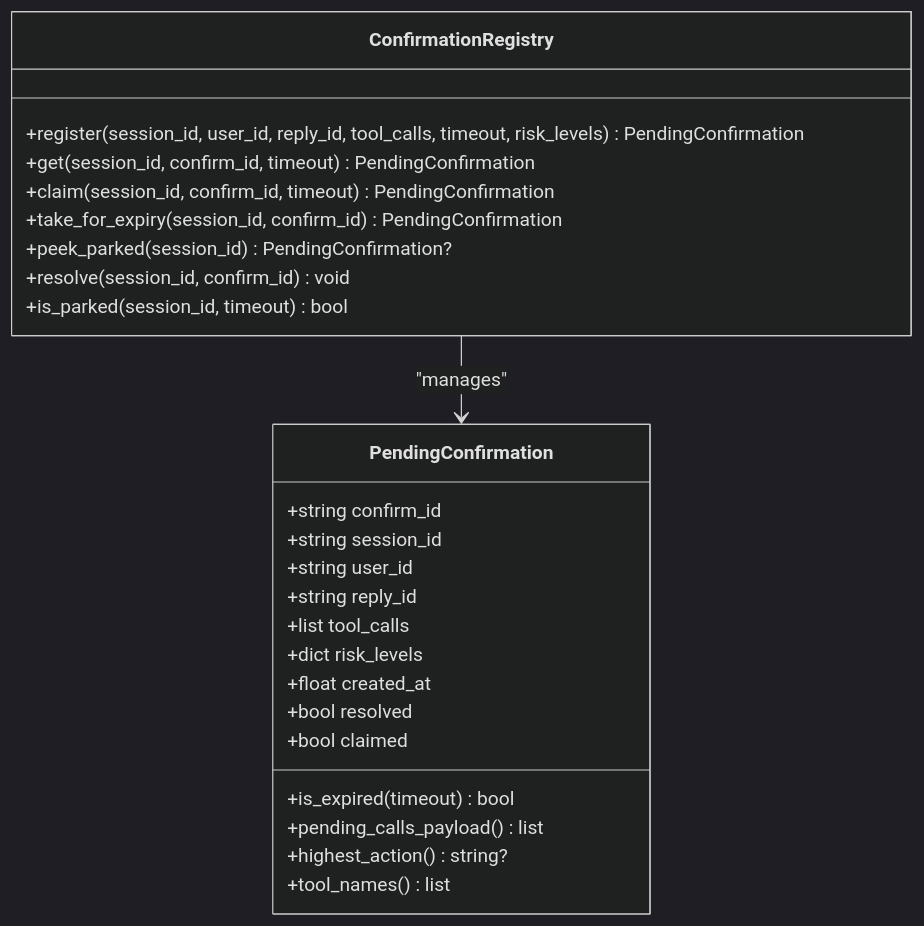
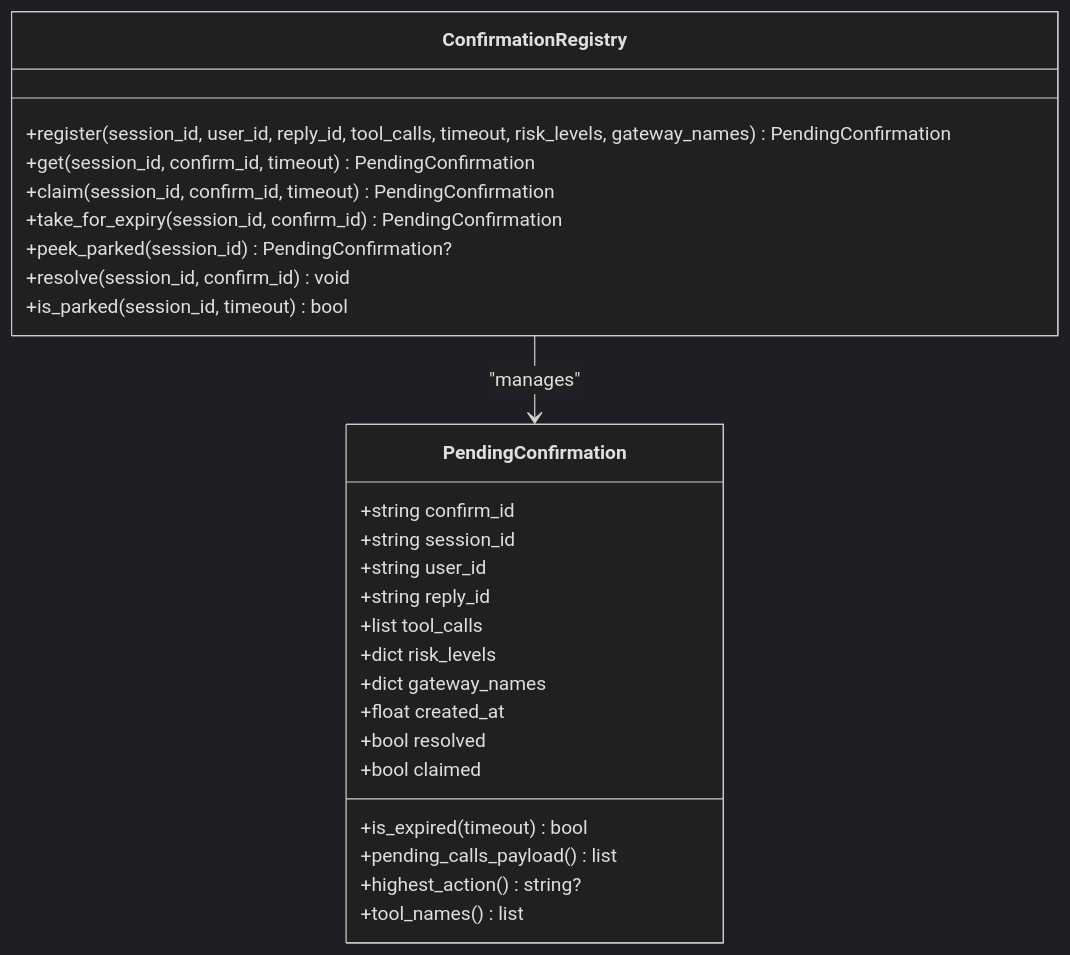
The third of 11 diagrams in .qoder/repowiki/en/content/Agent Platform Service/HITL Confirmation Bridging (SPEC-020).md (metasync/luban-aiops), drawn with Mermaid (dark theme) before and after one commit. The commit also changed other lines of this file and 169 other files, not shown here.

````diff
--- a/.qoder/repowiki/en/content/Agent Platform Service/HITL Confirmation Bridging (SPEC-020).md
+++ b/.qoder/repowiki/en/content/Agent Platform Service/HITL Confirmation Bridging (SPEC-020).md
@@ -255,28 +261,29 @@
 ```mermaid
 classDiagram
 class PendingConfirmation {
 +string confirm_id
 +string session_id
 +string user_id
 +string reply_id
 +list tool_calls
 +dict risk_levels
++dict gateway_names
 +float created_at
 +bool resolved
 +bool claimed
 +is_expired(timeout) bool
 +pending_calls_payload() list
 +highest_action() string?
 +tool_names() list
 }
 class ConfirmationRegistry {
-+register(session_id, user_id, reply_id, tool_calls, timeout, risk_levels) PendingConfirmation
++register(session_id, user_id, reply_id, tool_calls, timeout, risk_levels, gateway_names) PendingConfirmation
 +get(session_id, confirm_id, timeout) PendingConfirmation
 +claim(session_id, confirm_id, timeout) PendingConfirmation
 +take_for_expiry(session_id, confirm_id) PendingConfirmation
 +peek_parked(session_id) PendingConfirmation?
 +resolve(session_id, confirm_id) void
 +is_parked(session_id, timeout) bool
 }
 ConfirmationRegistry --> PendingConfirmation : "manages"
 ```
````
